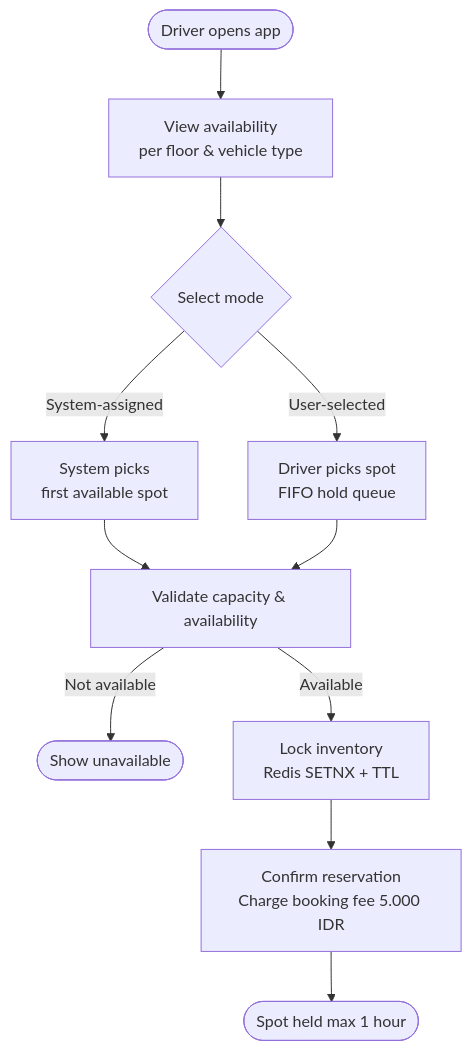
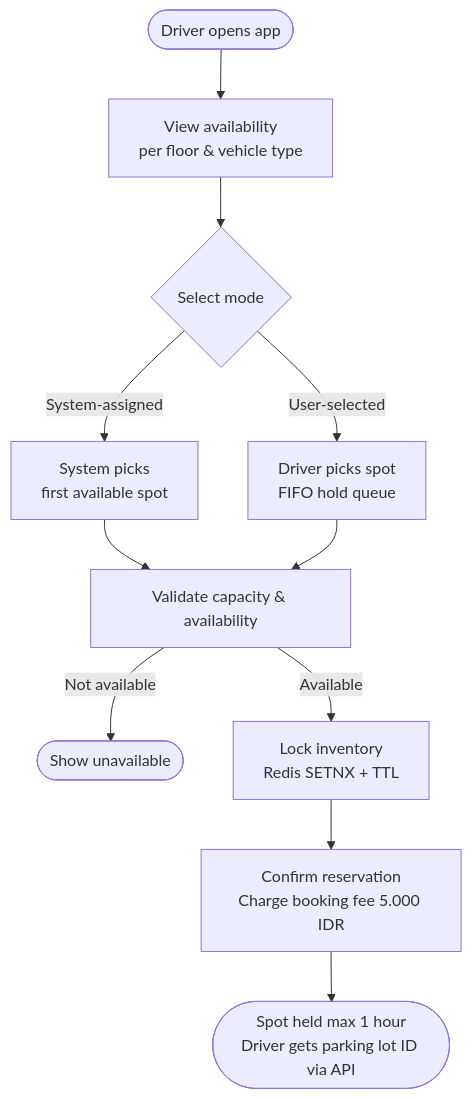
The first of 23 diagrams in README.md (ParkirPintar/parkir-pintar-backend), drawn with Mermaid before and after one commit. The commit also changed other lines of this file and 42 other files, not shown here.

````diff
--- a/README.md
+++ b/README.md
@@ -174,13 +177,13 @@
 ```mermaid
 flowchart TD
     A([Driver opens app]) --> B[View availability\nper floor & vehicle type]
     B --> C{Select mode}
     C -->|System-assigned| D[System picks\nfirst available spot]
     C -->|User-selected| E[Driver picks spot\nFIFO hold queue]
     D --> F[Validate capacity & availability]
     E --> F
     F -->|Not available| G([Show unavailable])
     F -->|Available| H[Lock inventory\nRedis SETNX + TTL]
     H --> I[Confirm reservation\nCharge booking fee 5.000 IDR]
-    I --> J([Spot held max 1 hour])
+    I --> J([Spot held max 1 hour\nDriver gets parking lot ID via API])
 ```
````
